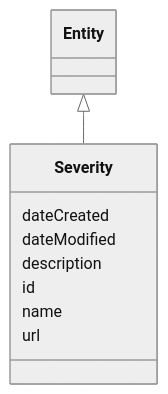
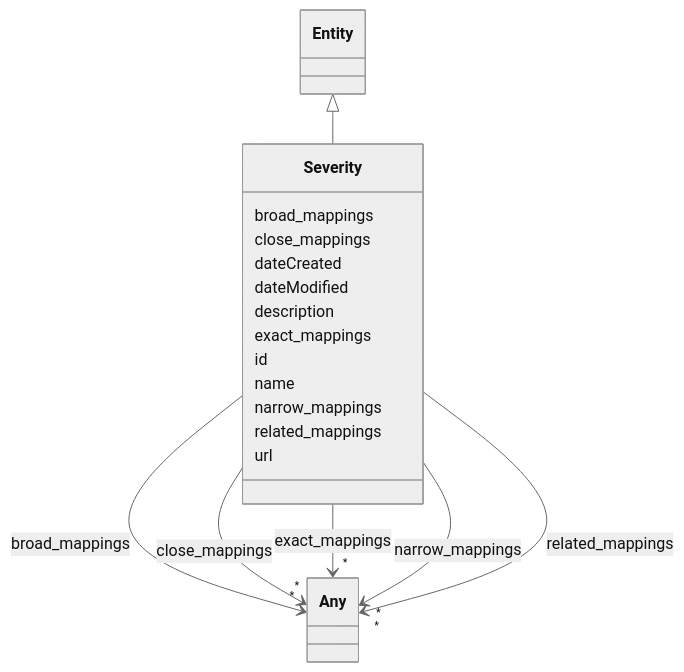
One commit to ingelise/risk-atlas-nexus changed the diagram in docs/ontology/Severity.md. Above: the diagram before and after it, drawn with Mermaid (neutral theme). The commit also changed other lines of this file and 180 other files, not shown here.

````diff
--- a/docs/ontology/Severity.md
+++ b/docs/ontology/Severity.md
@@ -13,21 +13,76 @@
 ```mermaid
  classDiagram
     class Severity
     click Severity href "../Severity/"
       Entity <|-- Severity
         click Entity href "../Entity/"
 
+      Severity : broad_mappings
+
+
+
+
+
+        Severity --> "*" Any : broad_mappings
+        click Any href "../Any/"
+
+
+
+      Severity : close_mappings
+
+
+
+
+
+        Severity --> "*" Any : close_mappings
+        click Any href "../Any/"
+
+
+
       Severity : dateCreated
 
       Severity : dateModified
 
       Severity : description
 
+      Severity : exact_mappings
+
+
+
+
+
+        Severity --> "*" Any : exact_mappings
+        click Any href "../Any/"
+
+
+
       Severity : id
 
       Severity : name
+
+      Severity : narrow_mappings
+
+
+
+
+
+        Severity --> "*" Any : narrow_mappings
+        click Any href "../Any/"
+
+
+
+      Severity : related_mappings
+
+
+
+
+
+        Severity --> "*" Any : related_mappings
+        click Any href "../Any/"
+
+
 
       Severity : url
 
 
 ```
````
